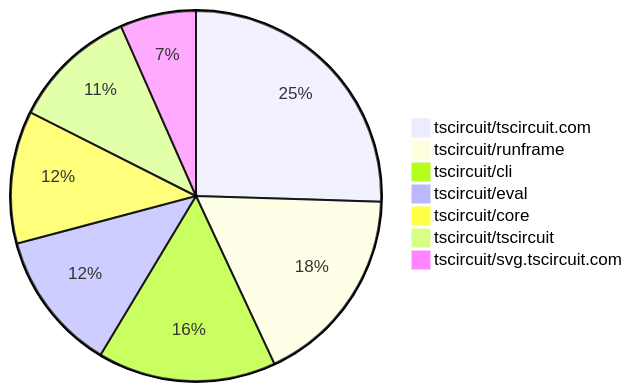
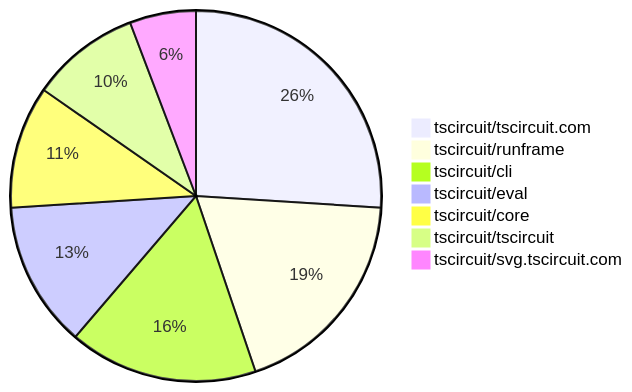
The second of 2 diagrams in README.md (tscircuit/contribution-tracker), drawn with Mermaid before and after one commit. The commit also changed other lines of this file and 3 other files, not shown here.

````diff
--- a/README.md
+++ b/README.md
@@ -138,10 +141,10 @@
 ```mermaid
 pie
-    "tscircuit/tscircuit.com" : 77
-    "tscircuit/runframe" : 53
-    "tscircuit/cli" : 47
-    "tscircuit/eval" : 37
-    "tscircuit/core" : 35
+    "tscircuit/tscircuit.com" : 90
+    "tscircuit/runframe" : 65
+    "tscircuit/cli" : 57
+    "tscircuit/eval" : 44
+    "tscircuit/core" : 37
     "tscircuit/tscircuit" : 33
     "tscircuit/svg.tscircuit.com" : 20
 ```
````
